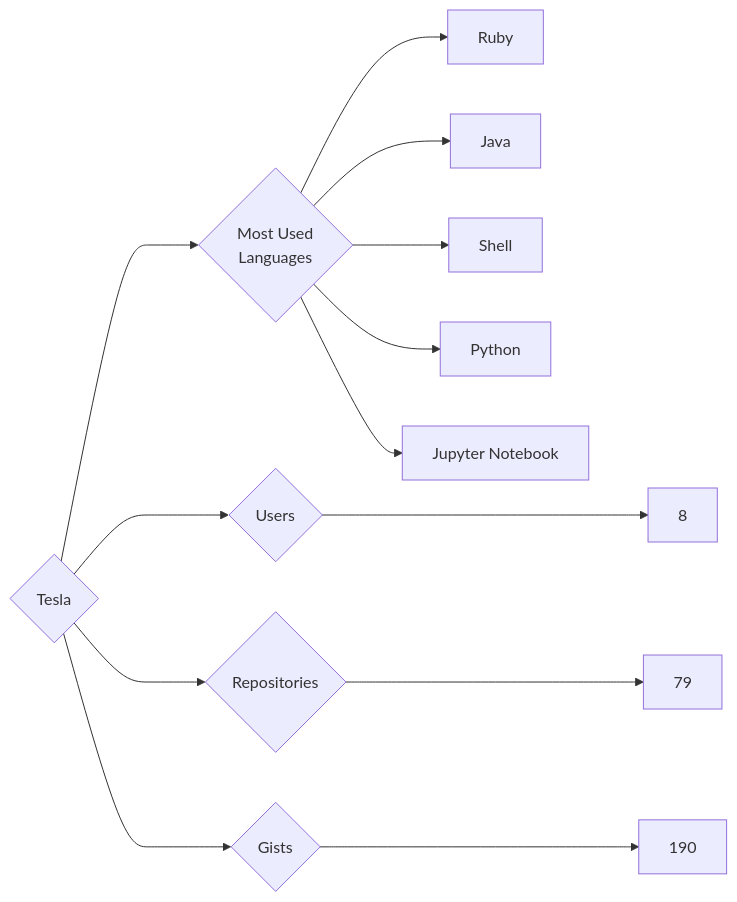
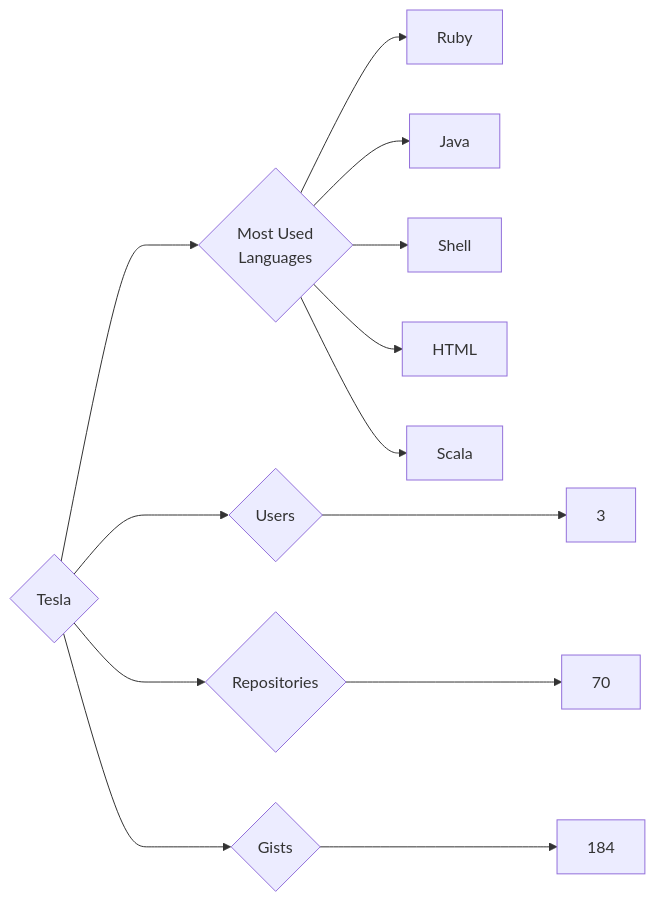
One commit to trickest/insiders changed the diagram in targets/Tesla/README.md. Above: the diagram before and after it, drawn with Mermaid. The commit also changed 851 other files, not shown here.

````diff
--- a/targets/Tesla/README.md
+++ b/targets/Tesla/README.md
@@ -3,13 +3,13 @@
 ```mermaid
 graph LR
 COMPANY_NAME{Tesla}
-COMPANY_NAME ---> U{Users} ---> UN[8]
-COMPANY_NAME ---> R{Repositories} ---> RN[79]
-COMPANY_NAME ---> G{Gists} ---> GN[190]
+COMPANY_NAME ---> U{Users} ---> UN[3]
+COMPANY_NAME ---> R{Repositories} ---> RN[70]
+COMPANY_NAME ---> G{Gists} ---> GN[184]
 COMPANY_NAME ---> ML{Most Used<br>Languages}
 ML --> Ruby[Ruby]
 ML --> Java[Java]
 ML --> Shell[Shell]
-ML --> Python[Python]
-ML --> Jupyter_Notebook[Jupyter Notebook]
+ML --> HTML[HTML]
+ML --> Scala[Scala]
 ```
````
